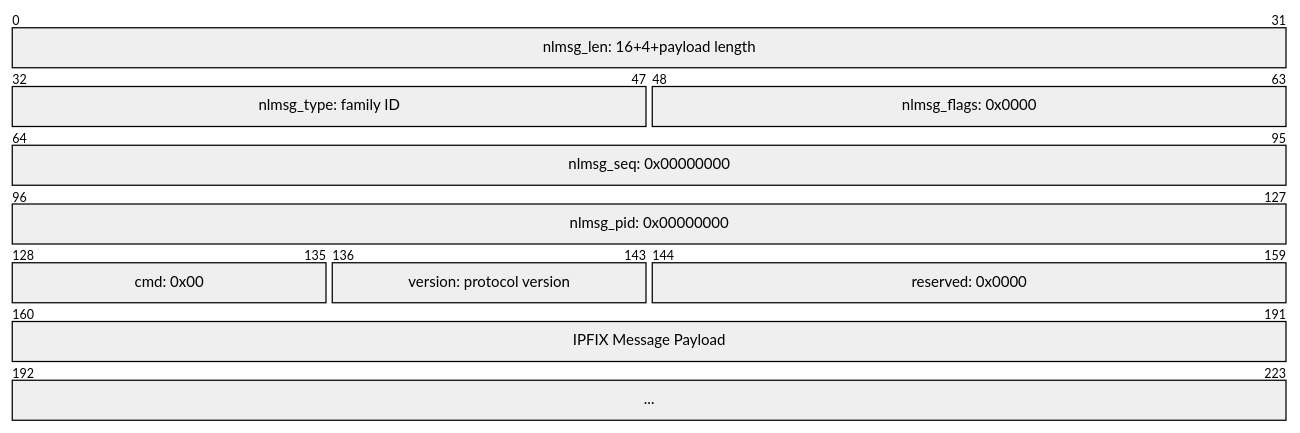
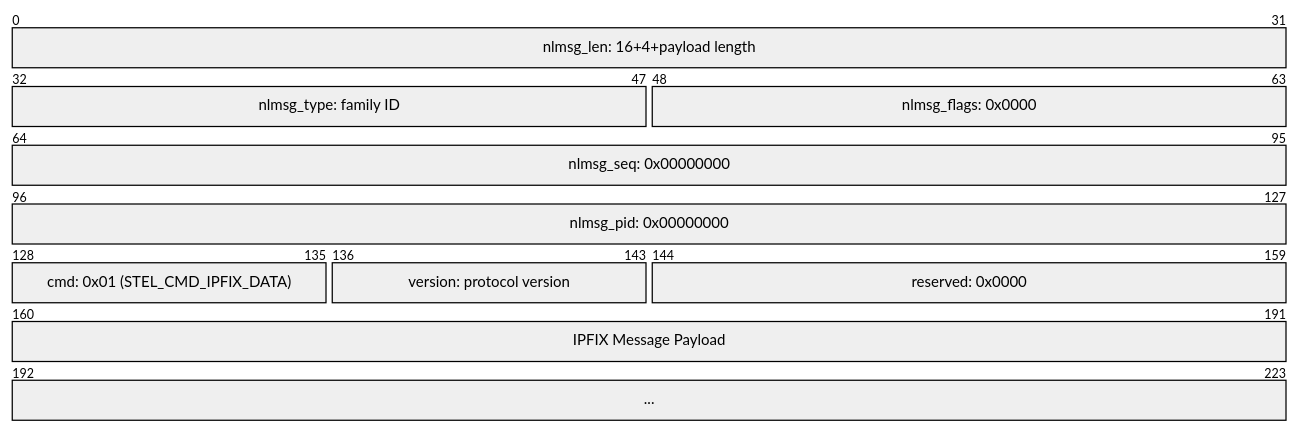
The tenth of 11 diagrams in doc/high-frequency-telemetry/high-frequency-telemetry-hld.md (sonic-net/SONiC), drawn with Mermaid before and after one commit. The commit also changed other lines of this file, not shown here.

Commit message:
Update cmd value

````diff
--- a/doc/high-frequency-telemetry/high-frequency-telemetry-hld.md
+++ b/doc/high-frequency-telemetry/high-frequency-telemetry-hld.md
@@ -399,18 +399,18 @@
 ``` mermaid
 
 ---
 title: Netlink message structure
 ---
 packet-beta
 0-31: "nlmsg_len: 16+4+payload length"
 32-47: "nlmsg_type: family ID"
 48-63: "nlmsg_flags: 0x0000"
 64-95: "nlmsg_seq: 0x00000000"
 96-127: "nlmsg_pid: 0x00000000"
-128-135: "cmd: 0x00"
+128-135: "cmd: 0x01 (STEL_CMD_IPFIX_DATA)"
 136-143: "version: protocol version"
 144-159: "reserved: 0x0000"
 160-191: "IPFIX Message Payload"
 192-223: "..."
 
 ```
````
